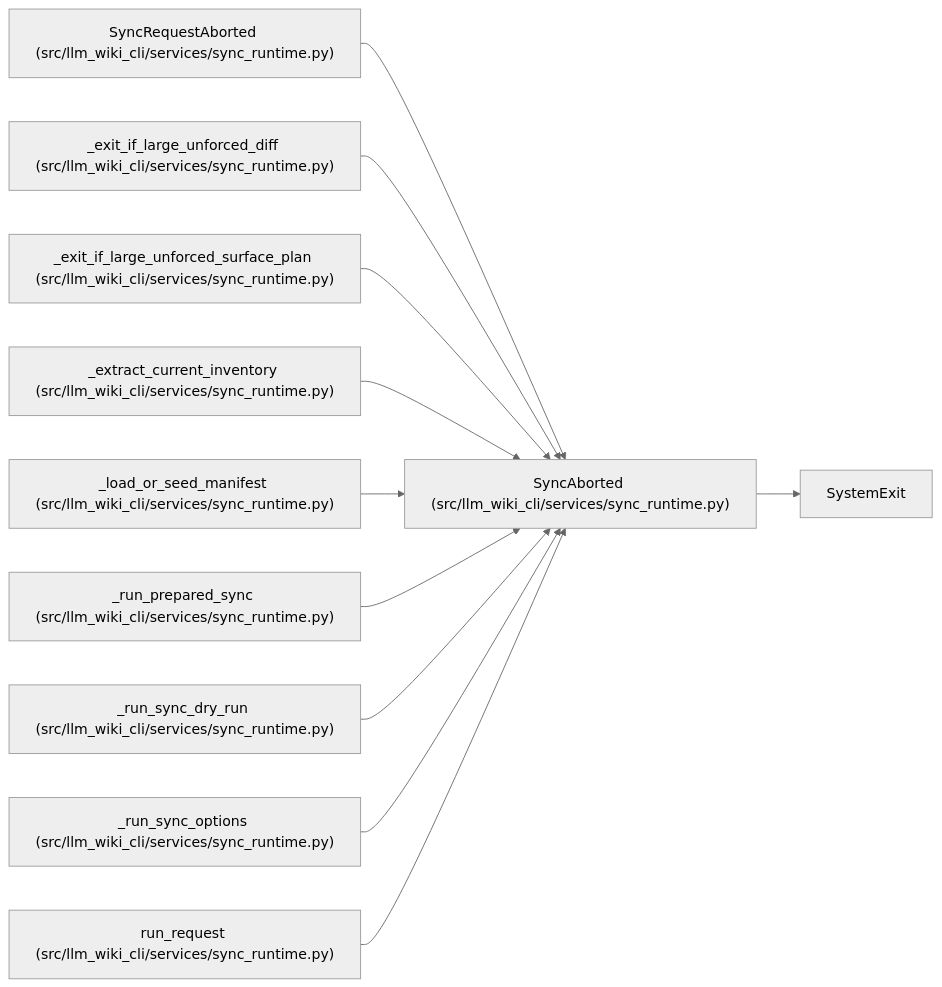
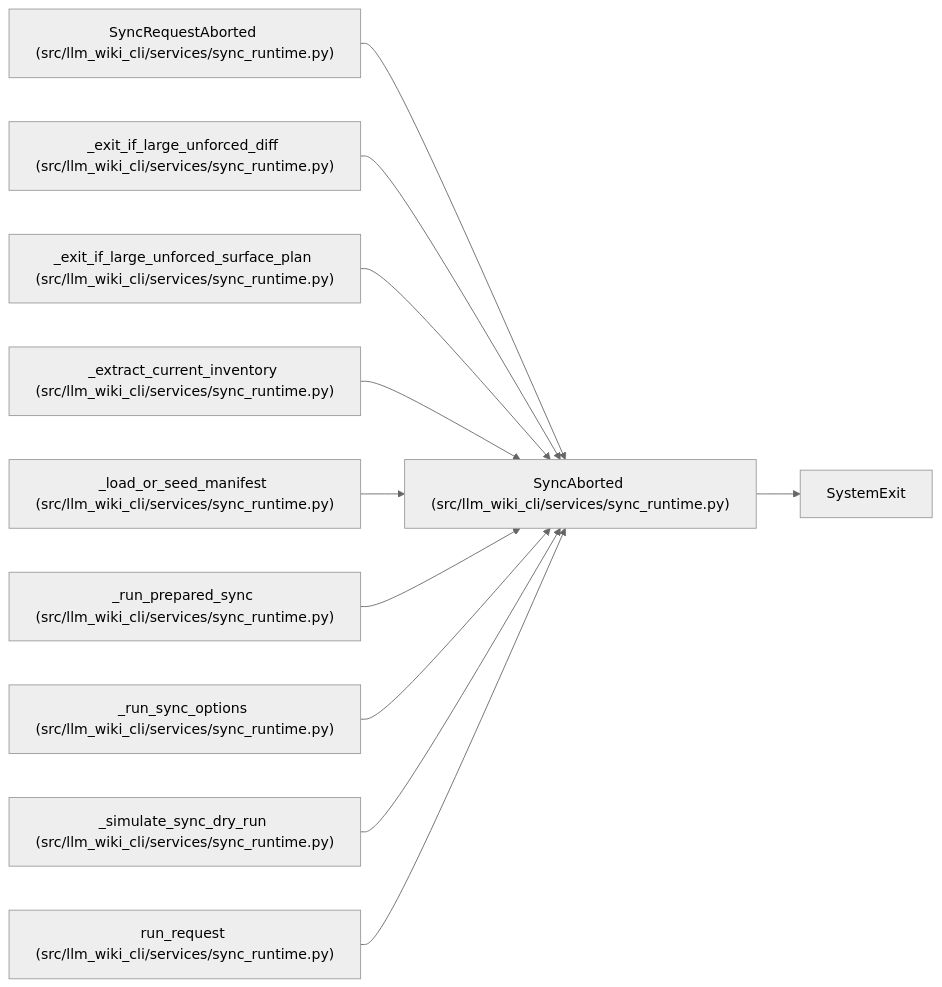
One commit to Denissvgn/python-wiki-llm changed the diagram in docs/llm_wiki/entities/SyncAborted.md. Above: the diagram before and after it, drawn with Mermaid (neutral theme). The commit also changed other lines of this file and 575 other files, not shown here.

````diff
--- a/docs/llm_wiki/entities/SyncAborted.md
+++ b/docs/llm_wiki/entities/SyncAborted.md
@@ -28,34 +28,34 @@
 ```mermaid
 flowchart LR
     n0["SyncAborted (src/llm_wiki_cli/services/sync_runtime.py)"]
     n1["SystemExit"]
     n2["SyncRequestAborted (src/llm_wiki_cli/services/sync_runtime.py)"]
     n3["_exit_if_large_unforced_diff (src/llm_wiki_cli/services/sync_runtime.py)"]
     n4["_exit_if_large_unforced_surface_plan (src/llm_wiki_cli/services/sync_runtime.py)"]
     n5["_extract_current_inventory (src/llm_wiki_cli/services/sync_runtime.py)"]
     n6["_load_or_seed_manifest (src/llm_wiki_cli/services/sync_runtime.py)"]
     n7["_run_prepared_sync (src/llm_wiki_cli/services/sync_runtime.py)"]
-    n8["_run_sync_dry_run (src/llm_wiki_cli/services/sync_runtime.py)"]
-    n9["_run_sync_options (src/llm_wiki_cli/services/sync_runtime.py)"]
+    n8["_run_sync_options (src/llm_wiki_cli/services/sync_runtime.py)"]
+    n9["_simulate_sync_dry_run (src/llm_wiki_cli/services/sync_runtime.py)"]
     n10["run_request (src/llm_wiki_cli/services/sync_runtime.py)"]
     n0 --> n1
     n2 --> n0
     n3 --> n0
     n4 --> n0
     n5 --> n0
     n6 --> n0
     n7 --> n0
     n8 --> n0
     n9 --> n0
     n10 --> n0
     click n0 "../modules/sync_runtime.md"
     click n2 "../modules/sync_runtime.md"
     click n3 "../modules/sync_runtime.md"
     click n4 "../modules/sync_runtime.md"
     click n5 "../modules/sync_runtime.md"
     click n6 "../modules/sync_runtime.md"
     click n7 "../modules/sync_runtime.md"
     click n8 "../modules/sync_runtime.md"
     click n9 "../modules/sync_runtime.md"
     click n10 "../modules/sync_runtime.md"
 ```
````
